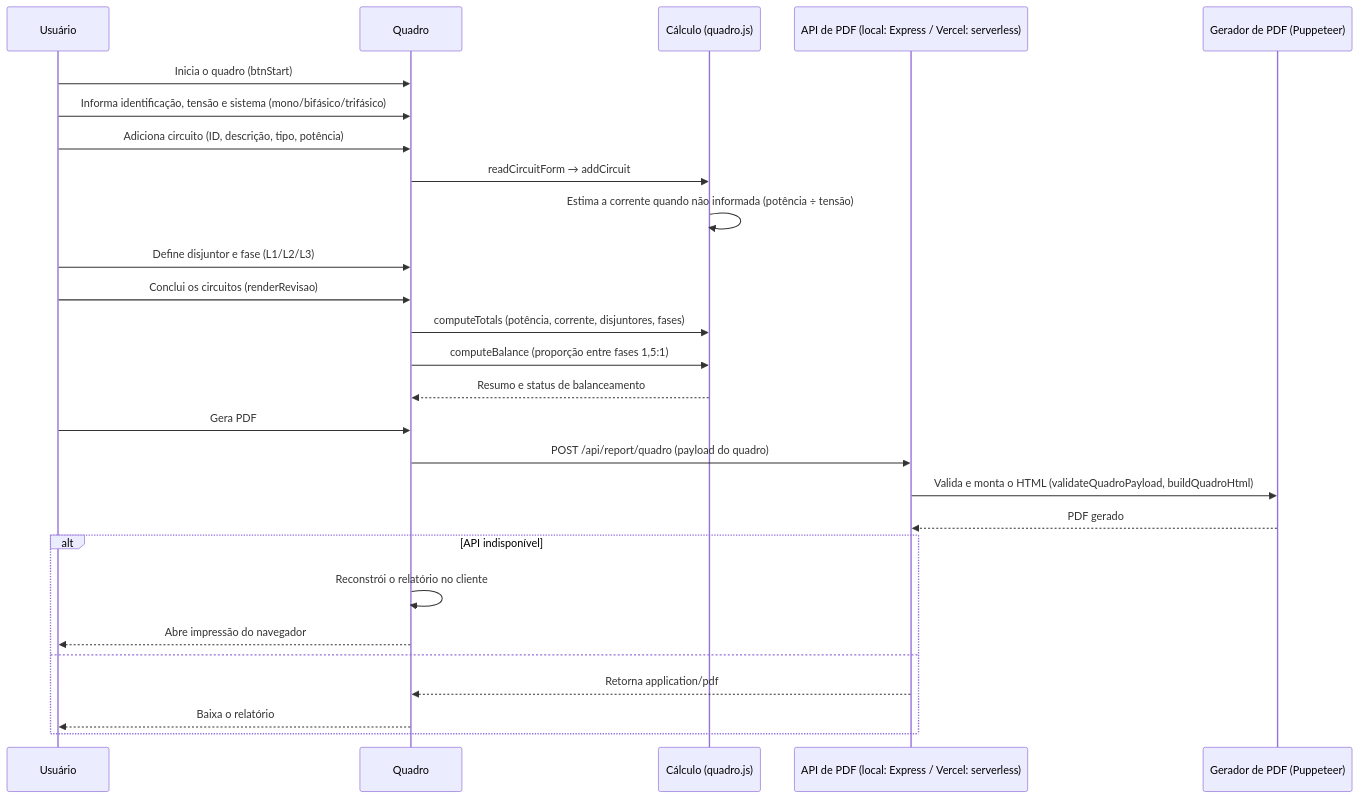
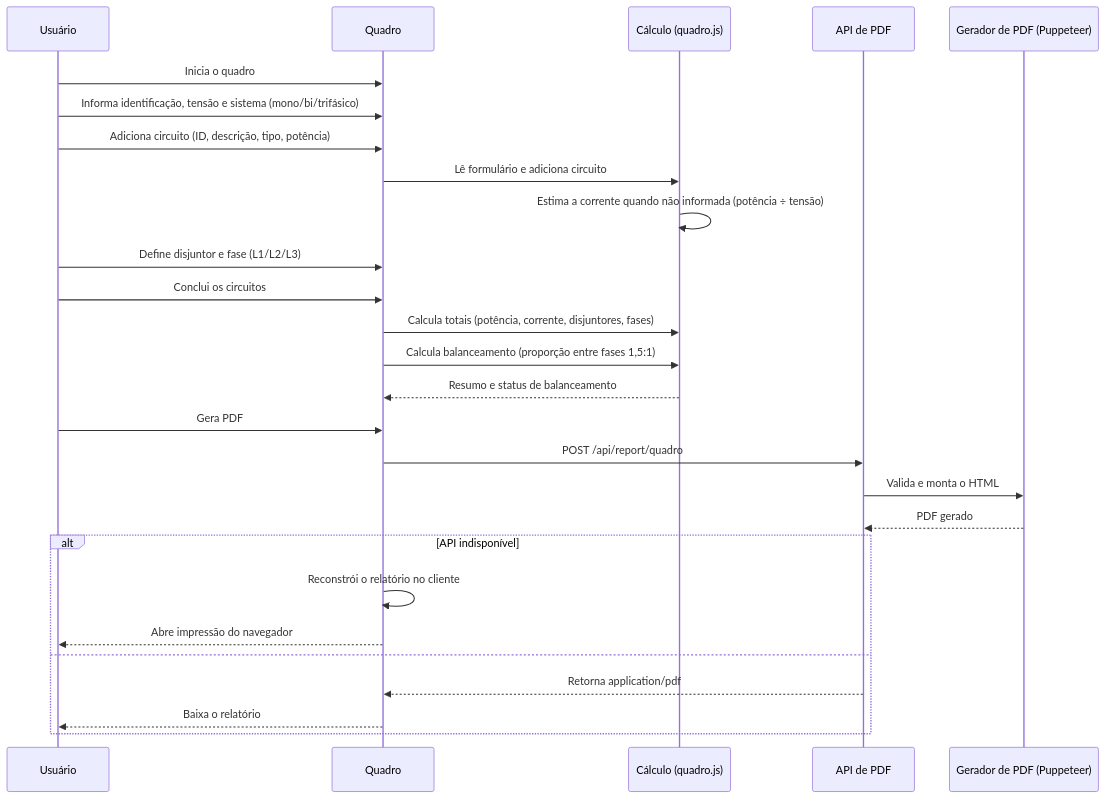
One commit to Y2kNat/DimenVolt-Studio changed the third of 3 diagrams in README.md. Above: the diagram before and after it, drawn with Mermaid. The commit also changed other lines of this file, not shown here.

````diff
--- a/README.md
+++ b/README.md
@@ -158,30 +186,30 @@
 ```mermaid
 sequenceDiagram
     participant U as Usuário
     participant UI as Quadro
     participant C as Cálculo (quadro.js)
-    participant S as API de PDF (local: Express / Vercel: serverless)
+    participant S as API de PDF
     participant P as Gerador de PDF (Puppeteer)
 
-    U->>UI: Inicia o quadro (btnStart)
-    U->>UI: Informa identificação, tensão e sistema (mono/bifásico/trifásico)
+    U->>UI: Inicia o quadro
+    U->>UI: Informa identificação, tensão e sistema (mono/bi/trifásico)
     U->>UI: Adiciona circuito (ID, descrição, tipo, potência)
-    UI->>C: readCircuitForm → addCircuit
+    UI->>C: Lê formulário e adiciona circuito
     C->>C: Estima a corrente quando não informada (potência ÷ tensão)
     U->>UI: Define disjuntor e fase (L1/L2/L3)
-    U->>UI: Conclui os circuitos (renderRevisao)
-    UI->>C: computeTotals (potência, corrente, disjuntores, fases)
-    UI->>C: computeBalance (proporção entre fases 1,5:1)
+    U->>UI: Conclui os circuitos
+    UI->>C: Calcula totais (potência, corrente, disjuntores, fases)
+    UI->>C: Calcula balanceamento (proporção entre fases 1,5:1)
     C-->>UI: Resumo e status de balanceamento
     U->>UI: Gera PDF
-    UI->>S: POST /api/report/quadro (payload do quadro)
-    S->>P: Valida e monta o HTML (validateQuadroPayload, buildQuadroHtml)
+    UI->>S: POST /api/report/quadro
+    S->>P: Valida e monta o HTML
     P-->>S: PDF gerado
     alt API indisponível
         UI->>UI: Reconstrói o relatório no cliente
         UI-->>U: Abre impressão do navegador
     else
         S-->>UI: Retorna application/pdf
         UI-->>U: Baixa o relatório
     end
 ```
````
